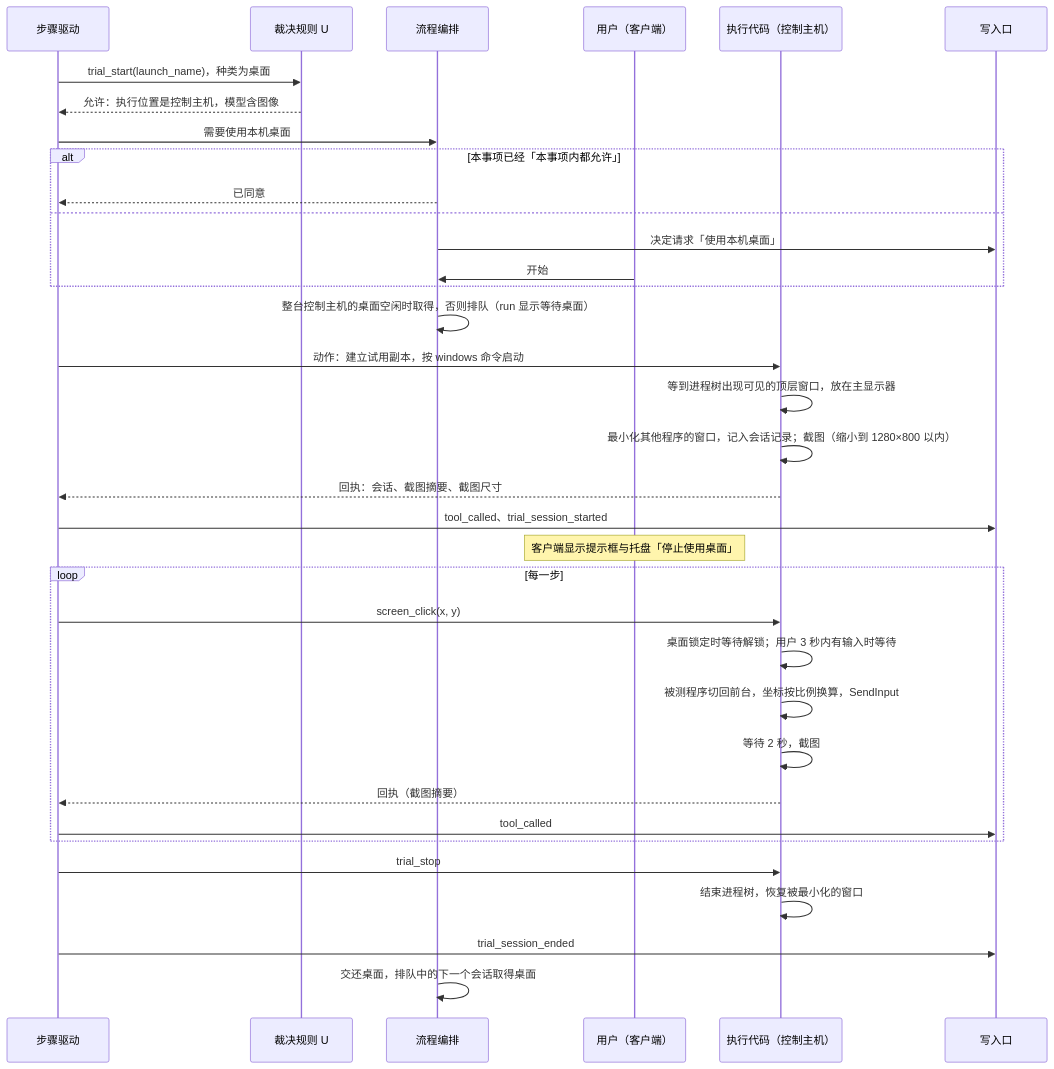
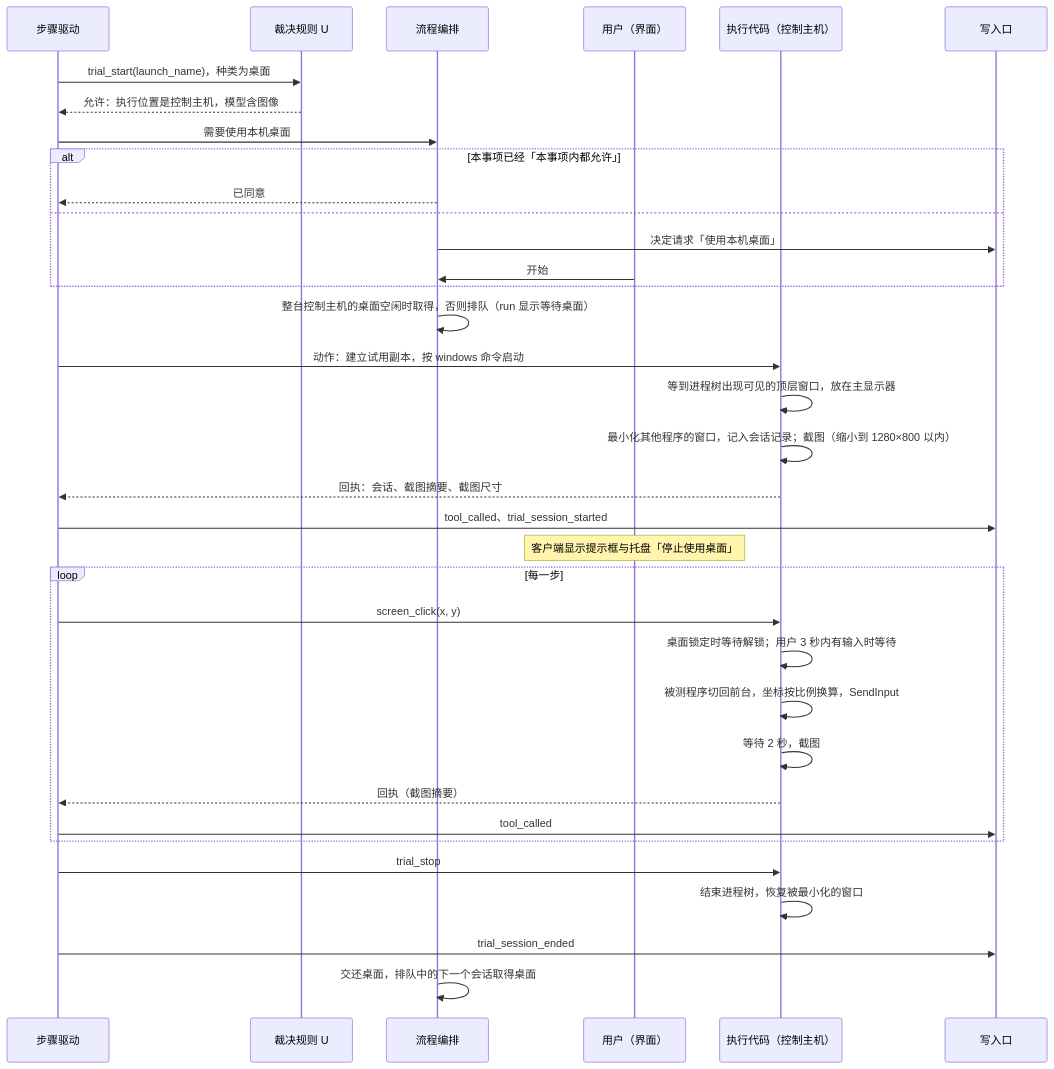
Before and after one commit to bender2333/yudao: the fourth of 5 diagrams in docs/design/browser-and-computer-use.md, drawn with Mermaid. The commit also changed other lines of this file and 31 other files, not shown here.

````diff
--- a/docs/design/browser-and-computer-use.md
+++ b/docs/design/browser-and-computer-use.md
@@ -470,37 +470,37 @@
 ```mermaid
 sequenceDiagram
   participant S as 步骤驱动
   participant U as 裁决规则 U
   participant O as 流程编排
-  participant User as 用户（客户端）
+  participant User as 用户（界面）
   participant A as 执行代码（控制主机）
   participant W as 写入口
   S->>U: trial_start(launch_name)，种类为桌面
   U-->>S: 允许：执行位置是控制主机，模型含图像
   S->>O: 需要使用本机桌面
   alt 本事项已经「本事项内都允许」
     O-->>S: 已同意
   else
     O->>W: 决定请求「使用本机桌面」
     User->>O: 开始
   end
   O->>O: 整台控制主机的桌面空闲时取得，否则排队（run 显示等待桌面）
   S->>A: 动作：建立试用副本，按 windows 命令启动
   A->>A: 等到进程树出现可见的顶层窗口，放在主显示器
   A->>A: 最小化其他程序的窗口，记入会话记录；截图（缩小到 1280×800 以内）
   A-->>S: 回执：会话、截图摘要、截图尺寸
   S->>W: tool_called、trial_session_started
   Note over User: 客户端显示提示框与托盘「停止使用桌面」
   loop 每一步
     S->>A: screen_click(x, y)
     A->>A: 桌面锁定时等待解锁；用户 3 秒内有输入时等待
     A->>A: 被测程序切回前台，坐标按比例换算，SendInput
     A->>A: 等待 2 秒，截图
     A-->>S: 回执（截图摘要）
     S->>W: tool_called
   end
   S->>A: trial_stop
   A->>A: 结束进程树，恢复被最小化的窗口
   S->>W: trial_session_ended
   O->>O: 交还桌面，排队中的下一个会话取得桌面
 ```
````
